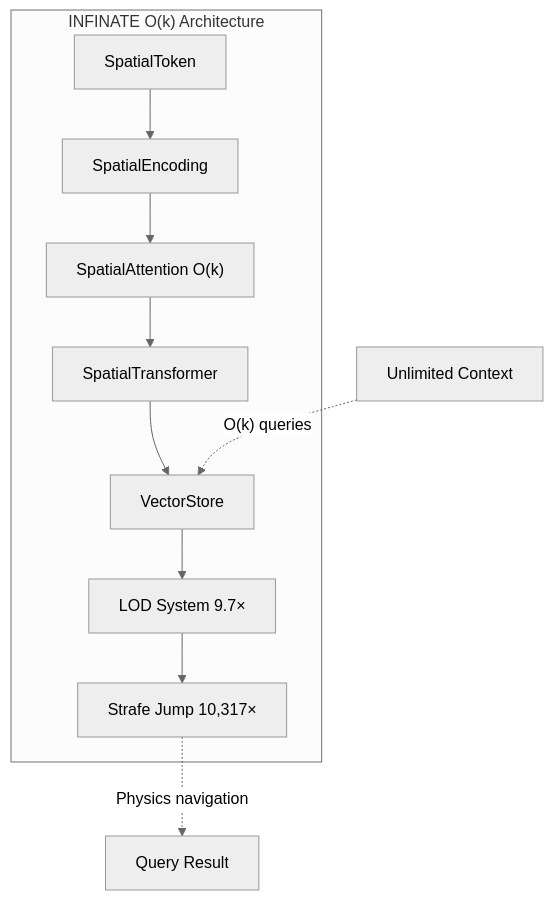
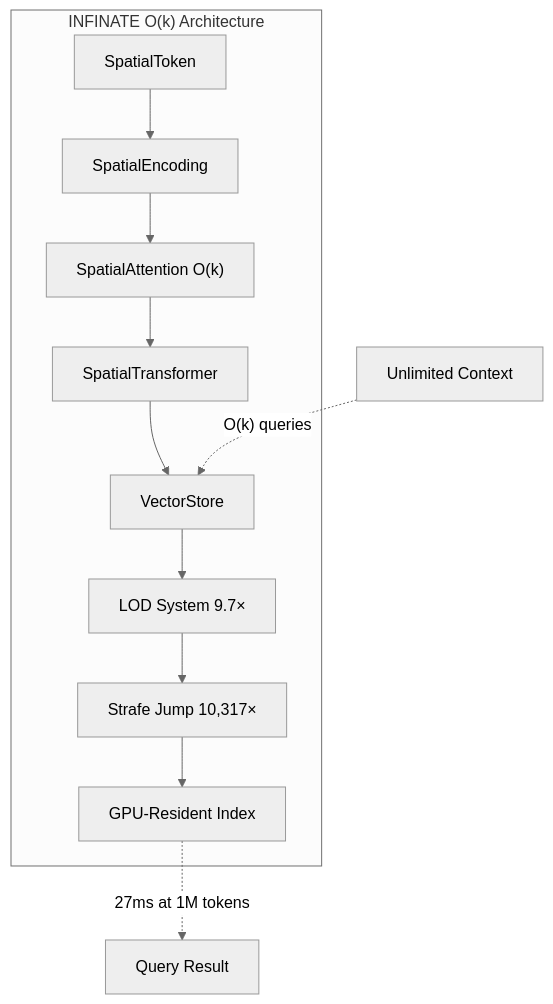
One commit to ch1pu/infinate changed the diagram in README.md. Above: the diagram before and after it, drawn with Mermaid (neutral theme). The commit also changed other lines of this file and 1 other file, not shown here.

First line of the commit message:
docs: update README with GPU pipeline evolution, Alpha Deploy LLC

````diff
--- a/README.md
+++ b/README.md
@@ -252,14 +272,15 @@
 ```mermaid
 graph TB
     subgraph "INFINATE O(k) Architecture"
         A["SpatialToken"] --> B["SpatialEncoding"]
         B --> C["SpatialAttention O(k)"]
         C --> D["SpatialTransformer"]
         D --> E["VectorStore"]
         E --> F["LOD System 9.7×"]
         F --> G["Strafe Jump 10,317×"]
+        G --> H["GPU-Resident Index"]
     end
 
-    H["Unlimited Context"] -.->|"O(k) queries"| E
-    G -.->|"Physics navigation"| I["Query Result"]
+    I["Unlimited Context"] -.->|"O(k) queries"| E
+    H -.->|"27ms at 1M tokens"| J["Query Result"]
 ```
````
